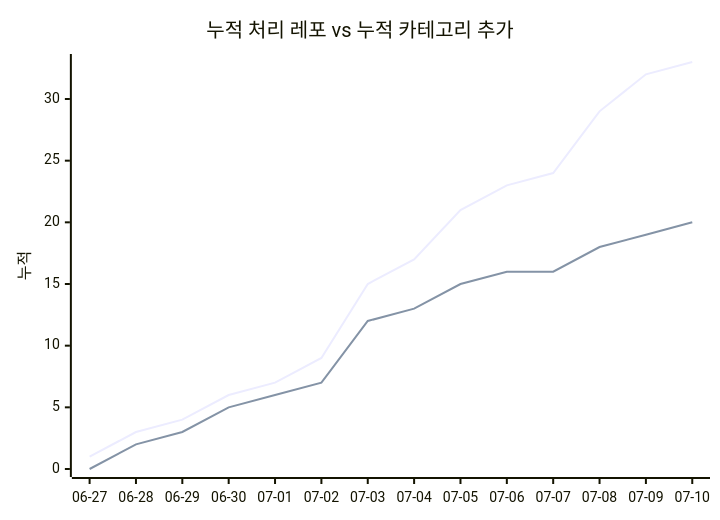
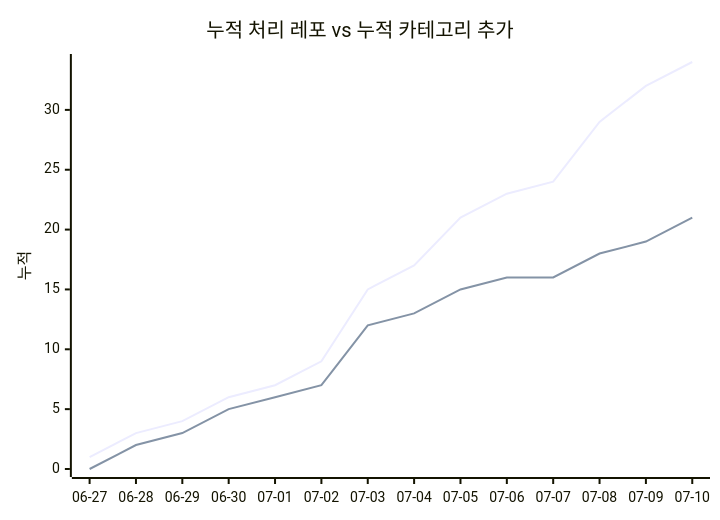
Before and after one commit to J-nowcow/awesome-korean-agent-skills: the second of 2 diagrams in docs/trends.md, drawn with Mermaid. The commit also changed other lines of this file and 3 other files, not shown here.

````diff
--- a/docs/trends.md
+++ b/docs/trends.md
@@ -68,8 +68,8 @@
 ```mermaid
 xychart-beta
     title "누적 처리 레포 vs 누적 카테고리 추가"
     x-axis ["06-27","06-28","06-29","06-30","07-01","07-02","07-03","07-04","07-05","07-06","07-07","07-08","07-09","07-10"]
     y-axis "누적"
-    line [1,3,4,6,7,9,15,17,21,23,24,29,32,33]
-    line [0,2,3,5,6,7,12,13,15,16,16,18,19,20]
+    line [1,3,4,6,7,9,15,17,21,23,24,29,32,34]
+    line [0,2,3,5,6,7,12,13,15,16,16,18,19,21]
 ```
````
